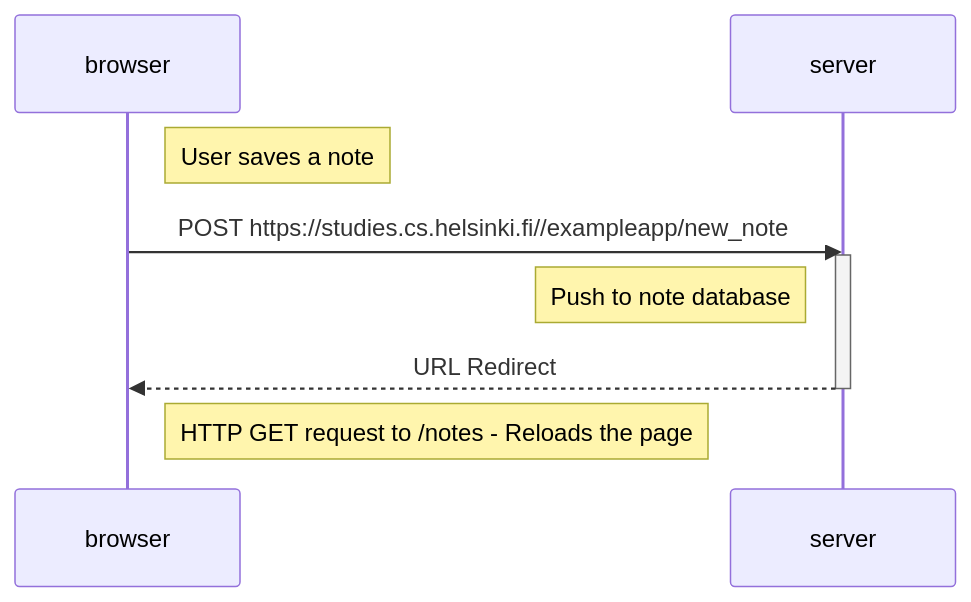
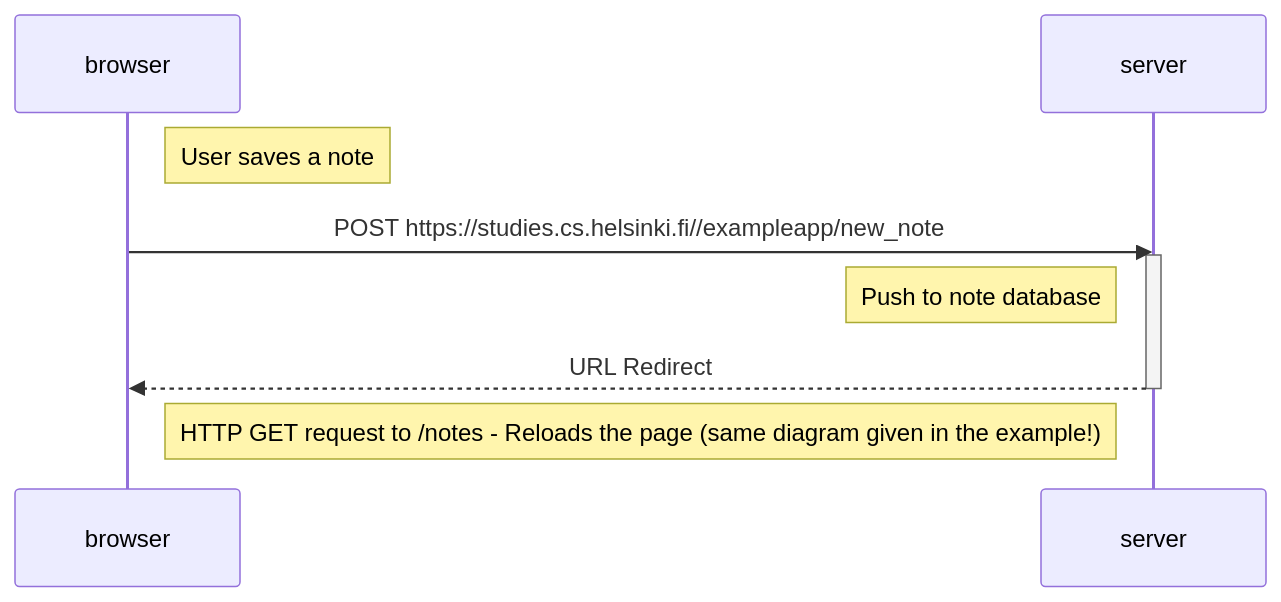
Before and after one commit to CatmanThree/fs-part0: the first of 3 diagrams in readme.md, drawn with Mermaid.

````diff
--- a/readme.md
+++ b/readme.md
@@ -2,14 +2,14 @@
 ```mermaid
   sequenceDiagram
       participant browser
       participant server
 
       Note right of browser: User saves a note
       browser->>server: POST https://studies.cs.helsinki.fi//exampleapp/new_note
       activate server
       Note left of server: Push to note database
       server-->>browser: URL Redirect
       deactivate server
   
-      Note right of browser: HTTP GET request to /notes - Reloads the page
+      Note right of browser: HTTP GET request to /notes - Reloads the page (same diagram given in the example!)
 ```
````
